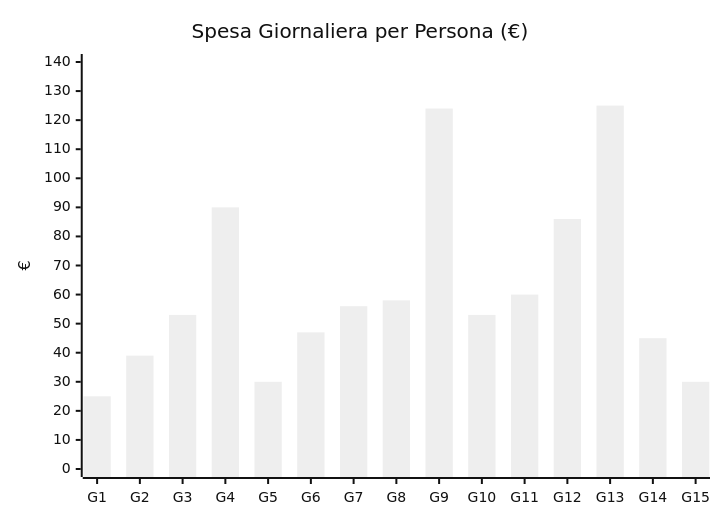
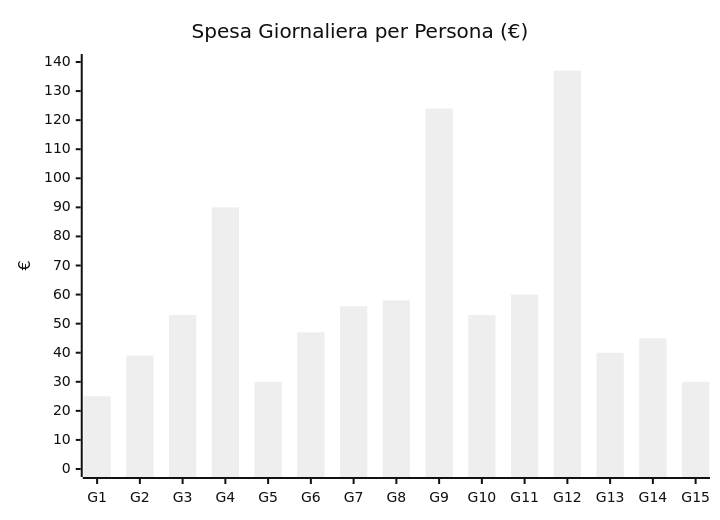
Before and after one commit to LorenzoPolito/Travel-Vault: the third of 3 diagrams in Itinerari/Japan/2026/Itinerario-Giappone-23ott-6nov2026.md, drawn with Mermaid. The commit also changed other lines of this file and 20 other files, not shown here.

````diff
--- a/Itinerari/Japan/2026/Itinerario-Giappone-23ott-6nov2026.md
+++ b/Itinerari/Japan/2026/Itinerario-Giappone-23ott-6nov2026.md
@@ -124,11 +124,11 @@
 ```mermaid
 ---
 config:
   theme: neutral
 ---
 xychart-beta
     title "Spesa Giornaliera per Persona (€)"
     x-axis ["G1","G2","G3","G4","G5","G6","G7","G8","G9","G10","G11","G12","G13","G14","G15"]
     y-axis "€" 0 --> 140
-    bar [25,39,53,90,30,47,56,58,124,53,60,86,125,45,30]
+    bar [25,39,53,90,30,47,56,58,124,53,60,137,40,45,30]
 ```
````
